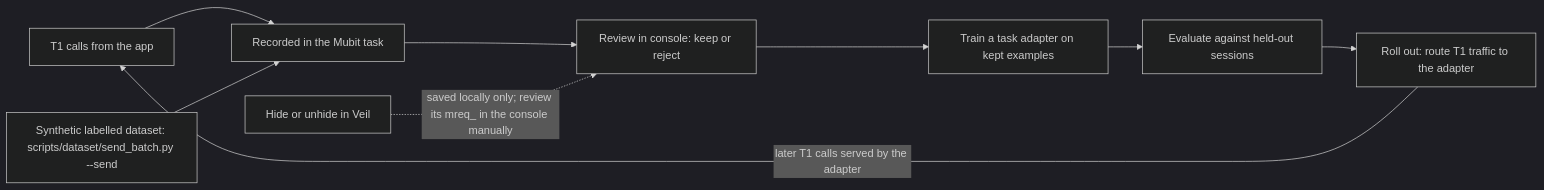
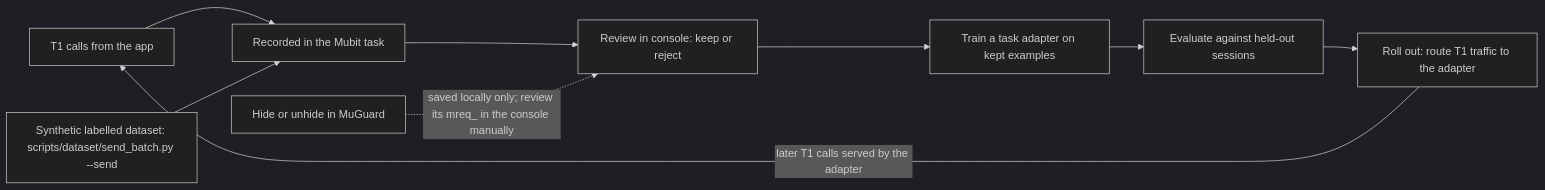
The sixth of 6 diagrams in README.md (kolyamkl/night-shift), drawn with Mermaid (dark theme) before and after one commit. The commit also changed other lines of this file and 28 other files, not shown here.

First line of the commit message:
Rename the app to MuGuard; simple high-level diagrams in README

````diff
--- a/README.md
+++ b/README.md
@@ -141,11 +190,11 @@
 ```mermaid
 flowchart LR
     A["T1 calls from the app"] --> R["Recorded in the Mubit task"]
     D["Synthetic labelled dataset: scripts/dataset/send_batch.py --send"] --> R
     R --> V["Review in console: keep or reject"]
     V --> T["Train a task adapter on kept examples"]
     T --> E["Evaluate against held-out sessions"]
     E --> RT["Roll out: route T1 traffic to the adapter"]
     RT -->|"later T1 calls served by the adapter"| A
-    H["Hide or unhide in Veil"] -.->|"saved locally only; review its mreq_ in the console manually"| V
+    H["Hide or unhide in MuGuard"] -.->|"saved locally only; review its mreq_ in the console manually"| V
 ```
````
